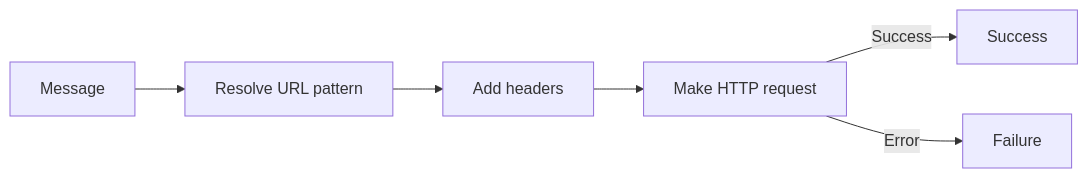
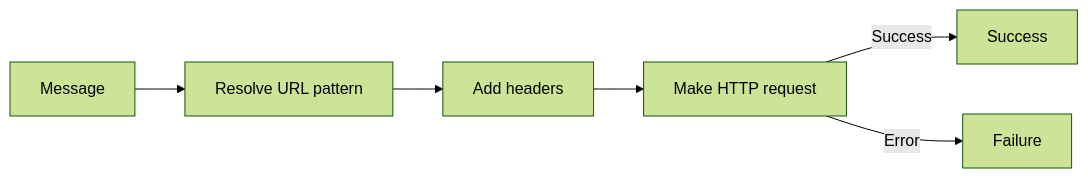
One commit to vx-daniel/tb-docs-project changed the first of 6 diagrams in docs/04-rule-engine/nodes/external-nodes.md. Above: the diagram before and after it, drawn with Mermaid. The commit also changed other lines of this file and 27 other files, not shown here.

````diff
--- a/docs/04-rule-engine/nodes/external-nodes.md
+++ b/docs/04-rule-engine/nodes/external-nodes.md
@@ -83,8 +84,12 @@
 ```mermaid
+---
+config:
+  theme: 'forest'
+---
 graph LR
     MSG[Message] --> URL[Resolve URL pattern]
     URL --> HEADERS[Add headers]
     HEADERS --> REQUEST[Make HTTP request]
     REQUEST -->|Success| SUCCESS[Success]
     REQUEST -->|Error| FAILURE[Failure]
 ```
````
